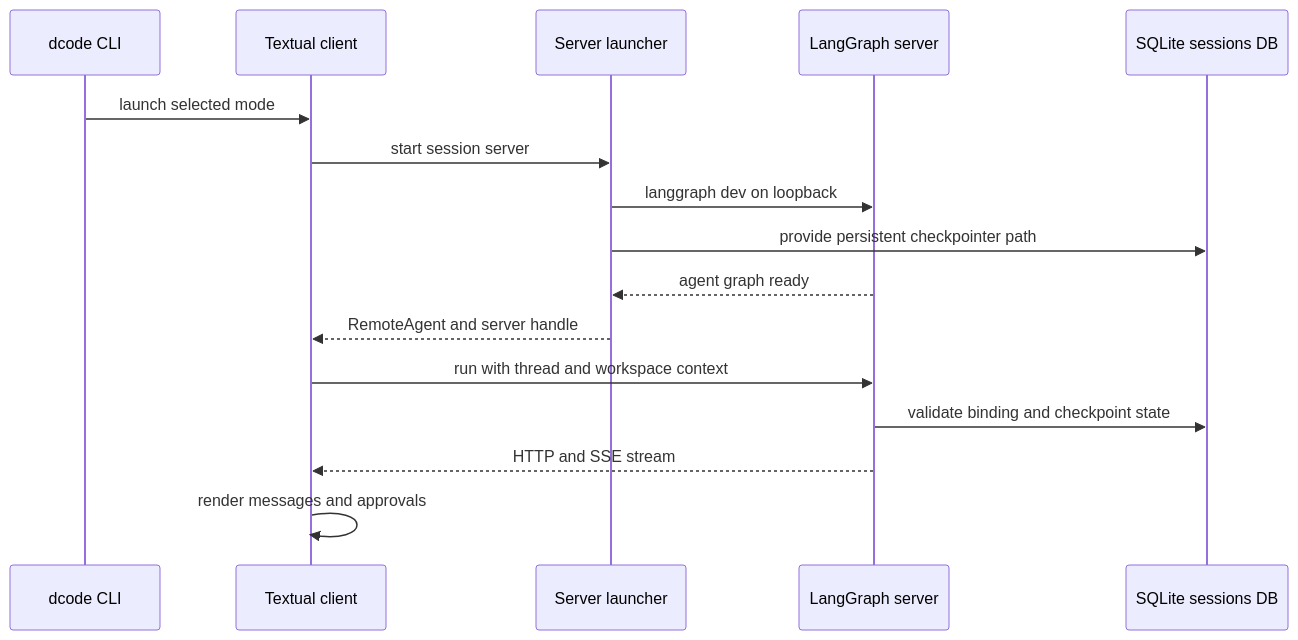
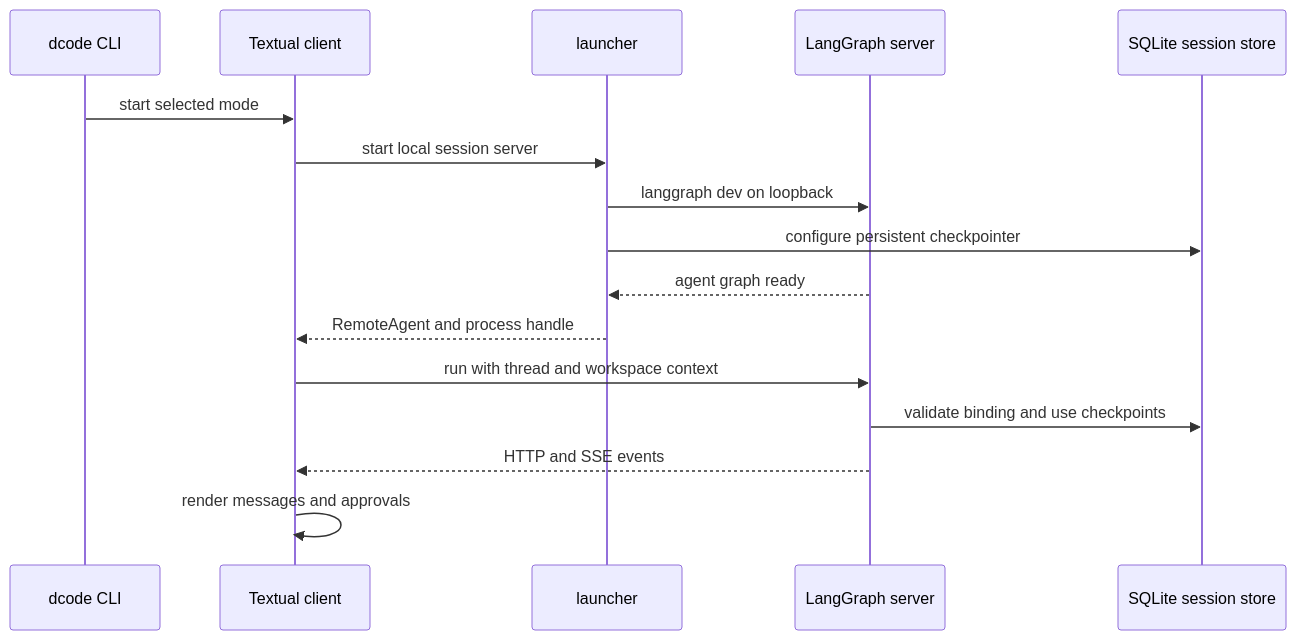
Before and after one commit to langchain-ai/deepagents: the first of 2 diagrams in openwiki/architecture/code-agent.md, drawn with Mermaid. The commit also changed other lines of this file and 27 other files, not shown here.

````diff
--- a/openwiki/architecture/code-agent.md
+++ b/openwiki/architecture/code-agent.md
@@ -79,18 +53,18 @@
 ```mermaid
 sequenceDiagram
     participant CLI as dcode CLI
     participant UI as Textual client
-    participant Launcher as Server launcher
+    participant Launch as launcher
     participant Server as LangGraph server
-    participant DB as SQLite sessions DB
-    CLI->>UI: launch selected mode
-    UI->>Launcher: start session server
-    Launcher->>Server: langgraph dev on loopback
-    Launcher->>DB: provide persistent checkpointer path
-    Server-->>Launcher: agent graph ready
-    Launcher-->>UI: RemoteAgent and server handle
+    participant Store as SQLite session store
+    CLI->>UI: start selected mode
+    UI->>Launch: start local session server
+    Launch->>Server: langgraph dev on loopback
+    Launch->>Store: configure persistent checkpointer
+    Server-->>Launch: agent graph ready
+    Launch-->>UI: RemoteAgent and process handle
     UI->>Server: run with thread and workspace context
-    Server->>DB: validate binding and checkpoint state
-    Server-->>UI: HTTP and SSE stream
+    Server->>Store: validate binding and use checkpoints
+    Server-->>UI: HTTP and SSE events
     UI->>UI: render messages and approvals
 ```
````
